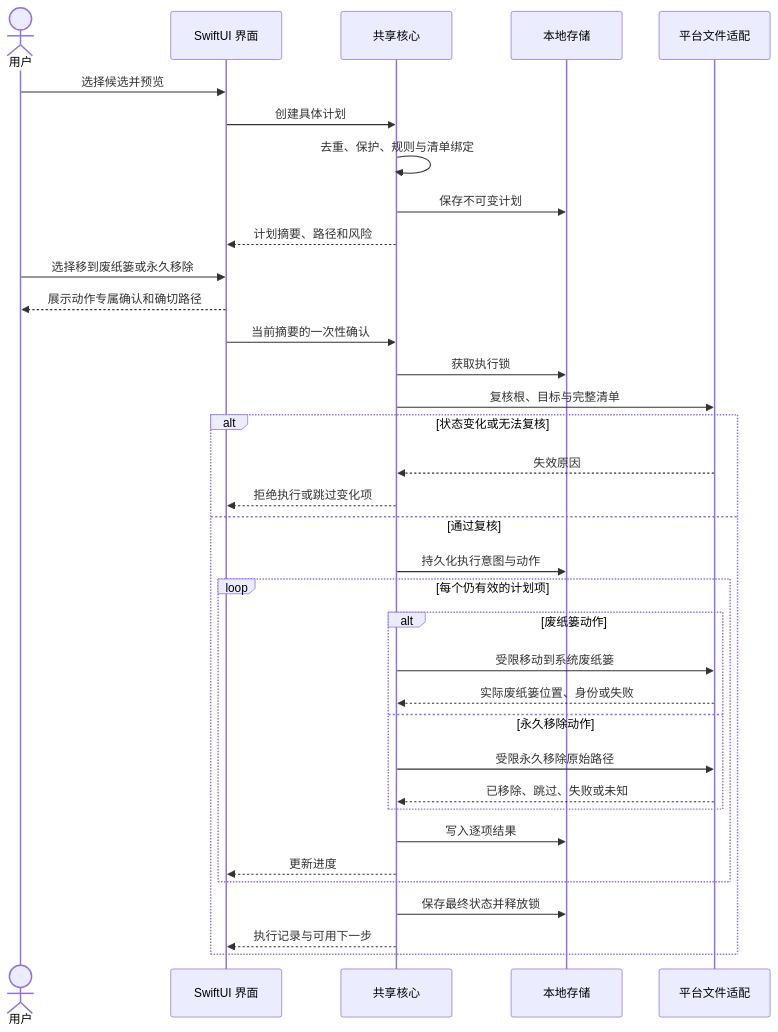
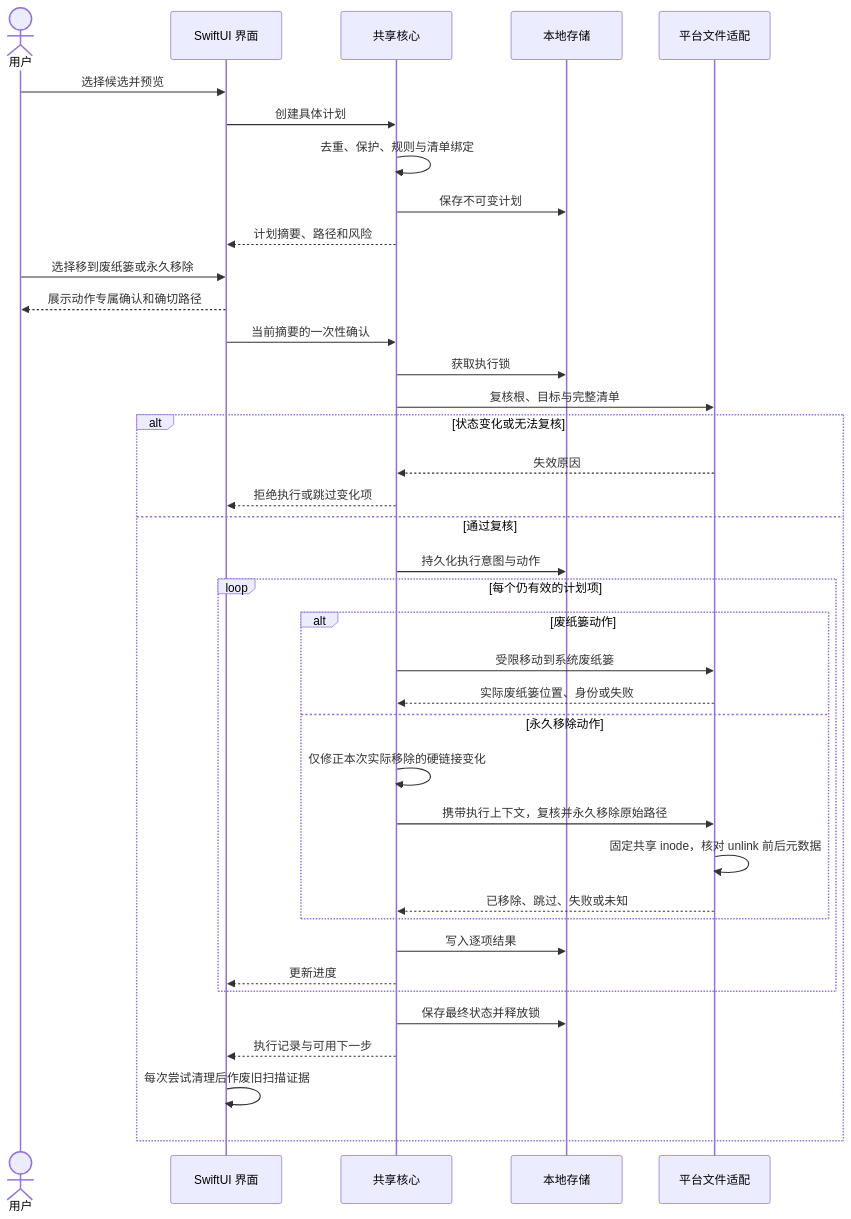
Before and after one commit to limecloud/shou: the sixth of 15 diagrams in docs/zh-CN/architecture/workflows-and-sequences.md, drawn with Mermaid. The commit also changed other lines of this file and 103 other files, not shown here.

````diff
--- a/docs/zh-CN/architecture/workflows-and-sequences.md
+++ b/docs/zh-CN/architecture/workflows-and-sequences.md
@@ -125,37 +143,40 @@
 ```mermaid
 sequenceDiagram
     actor User as 用户
     participant UI as SwiftUI 界面
     participant Core as 共享核心
     participant Store as 本地存储
     participant Platform as 平台文件适配
     User->>UI: 选择候选并预览
     UI->>Core: 创建具体计划
     Core->>Core: 去重、保护、规则与清单绑定
     Core->>Store: 保存不可变计划
     Core-->>UI: 计划摘要、路径和风险
     User->>UI: 选择移到废纸篓或永久移除
     UI-->>User: 展示动作专属确认和确切路径
     UI->>Core: 当前摘要的一次性确认
     Core->>Store: 获取执行锁
     Core->>Platform: 复核根、目标与完整清单
     alt 状态变化或无法复核
         Platform-->>Core: 失效原因
         Core-->>UI: 拒绝执行或跳过变化项
     else 通过复核
         Core->>Store: 持久化执行意图与动作
         loop 每个仍有效的计划项
             alt 废纸篓动作
                 Core->>Platform: 受限移动到系统废纸篓
                 Platform-->>Core: 实际废纸篓位置、身份或失败
             else 永久移除动作
-                Core->>Platform: 受限永久移除原始路径
+                Core->>Core: 仅修正本次实际移除的硬链接变化
+                Core->>Platform: 携带执行上下文，复核并永久移除原始路径
+                Platform->>Platform: 固定共享 inode，核对 unlink 前后元数据
                 Platform-->>Core: 已移除、跳过、失败或未知
             end
             Core->>Store: 写入逐项结果
             Core-->>UI: 更新进度
         end
         Core->>Store: 保存最终状态并释放锁
         Core-->>UI: 执行记录与可用下一步
+        UI->>UI: 每次尝试清理后作废旧扫描证据
     end
 ```
````
